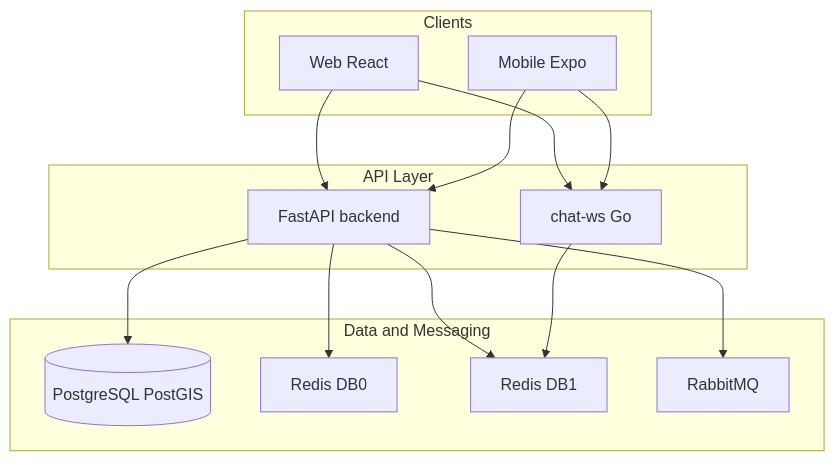
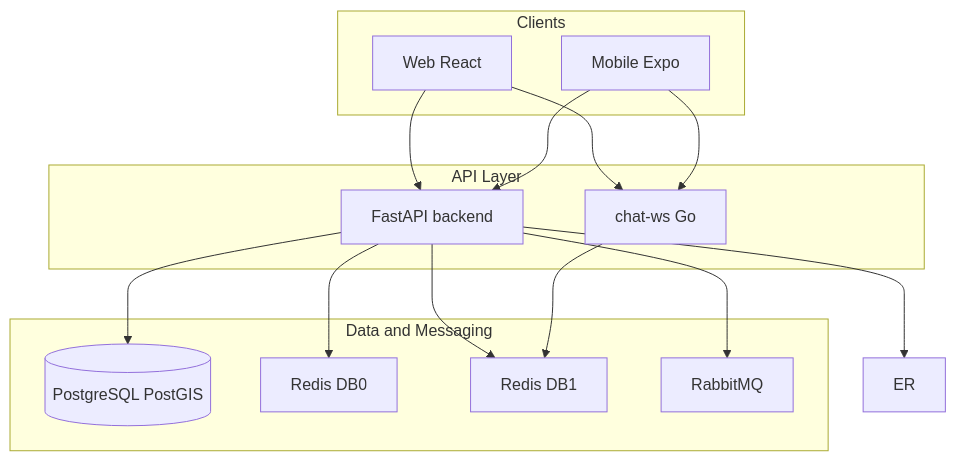
Before and after one commit to Itamarabir1/LinkUp: the diagram in docs/adr/README.md, drawn with Mermaid. The commit also changed other lines of this file and 42 other files, not shown here.

````diff
--- a/docs/adr/README.md
+++ b/docs/adr/README.md
@@ -15,26 +15,27 @@
 ```mermaid
 flowchart TB
   subgraph clients [Clients]
     FE[Web React]
     MO[Mobile Expo]
   end
   subgraph api [API Layer]
     PY[FastAPI backend]
     GO[chat-ws Go]
   end
   subgraph data [Data and Messaging]
     PG[(PostgreSQL PostGIS)]
     R0[Redis DB0]
     R1[Redis DB1]
     MQ[RabbitMQ]
   end
   FE --> PY
   FE --> GO
   MO --> PY
   MO --> GO
   PY --> PG
   PY --> R0
   PY --> R1
   PY --> MQ
+  PY --> ER
   GO --> R1
 ```
````
